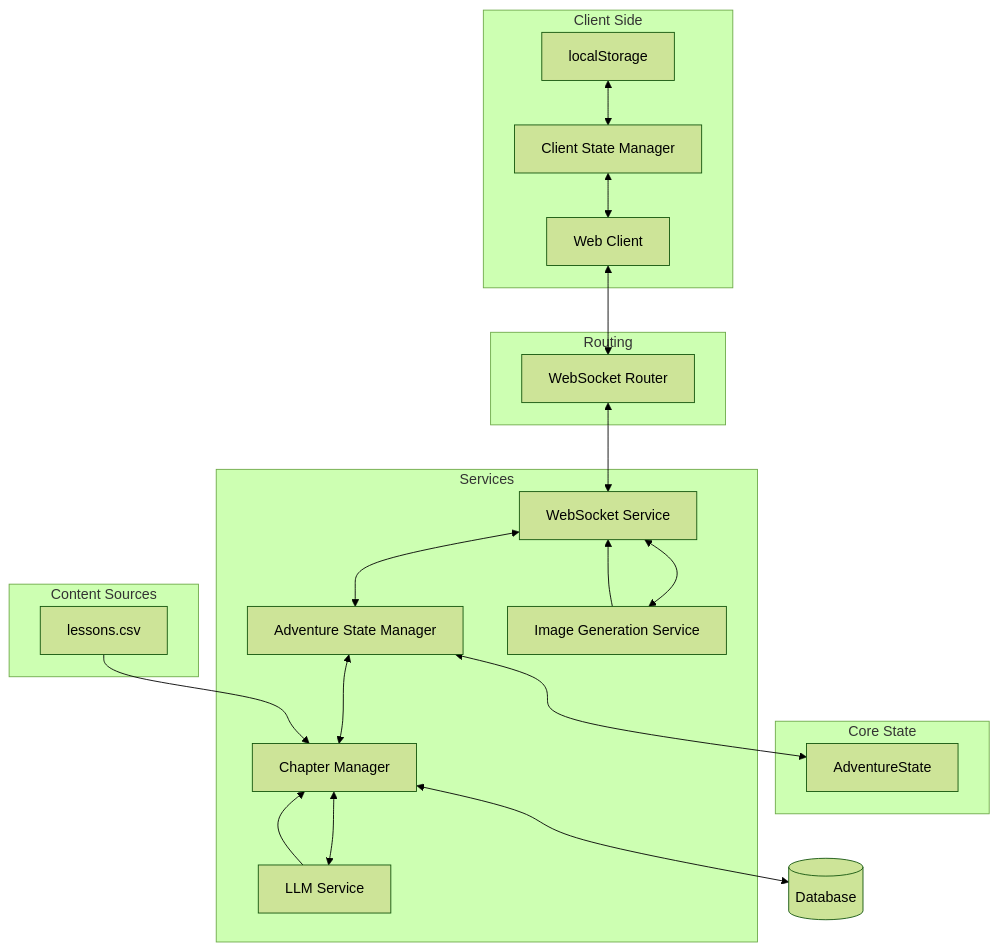
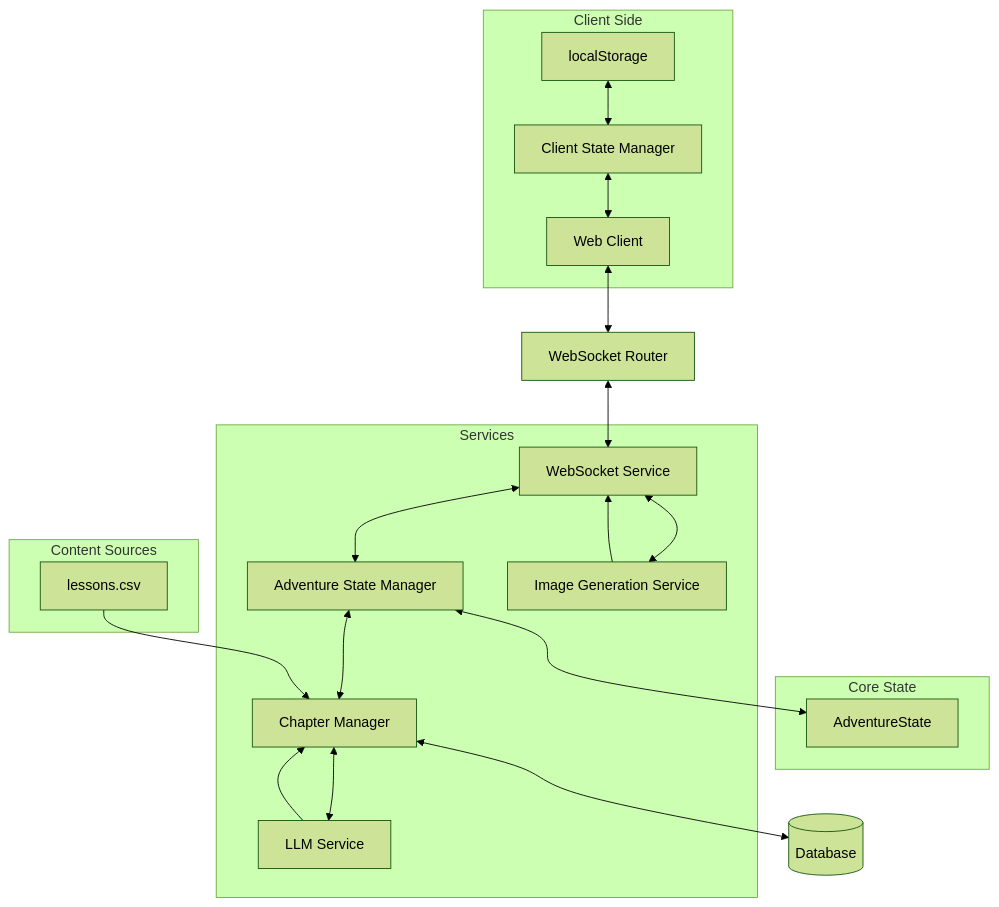
One commit to DesmondChoy/adventures changed the first of 2 diagrams in memory-bank/systemPatterns.md. Above: the diagram before and after it, drawn with Mermaid (forest theme). The commit also changed other lines of this file and 8 other files, not shown here.

````diff
--- a/memory-bank/systemPatterns.md
+++ b/memory-bank/systemPatterns.md
@@ -4,38 +4,34 @@
 ```mermaid
 graph TD
     Client[Web Client] <--> WSR[WebSocket Router]
     WSR <--> WSS[WebSocket Service]
     WSS <--> ASM[Adventure State Manager]
     ASM <--> AS[AdventureState]
     ASM <--> CM[Chapter Manager]
     CM <--> LLM[LLM Service]
     CM <--> DB[(Database)]
     WSS <--> IMG[Image Generation Service]
 
     subgraph Client Side
         LP[localStorage] <--> CSM[Client State Manager]
         CSM <--> Client
     end
 
     subgraph Core State
         AS
     end
 
     subgraph Services
         WSS
         ASM
         CM
         LLM
         IMG
     end
 
-    subgraph Routing
-        WSR
-    end
-
     subgraph Content Sources
         CSV[lessons.csv] --> CM
         LLM --> CM
         IMG --> WSS
     end
 ```
````
